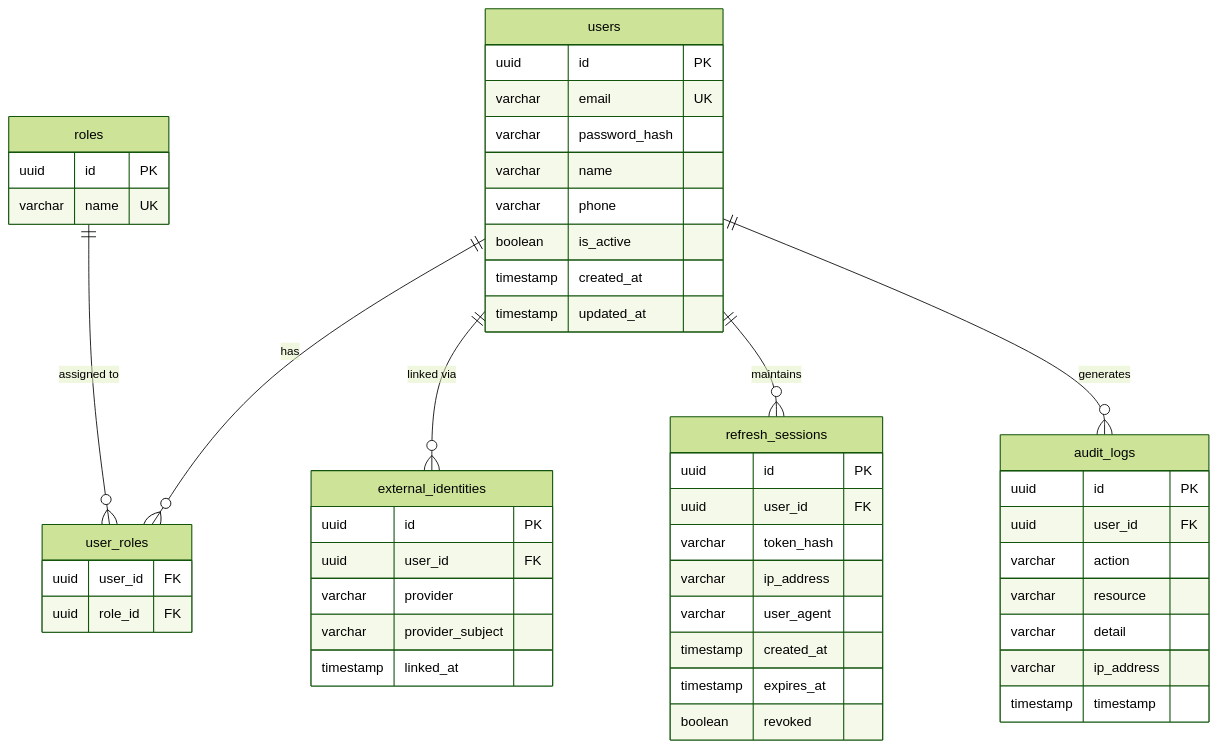
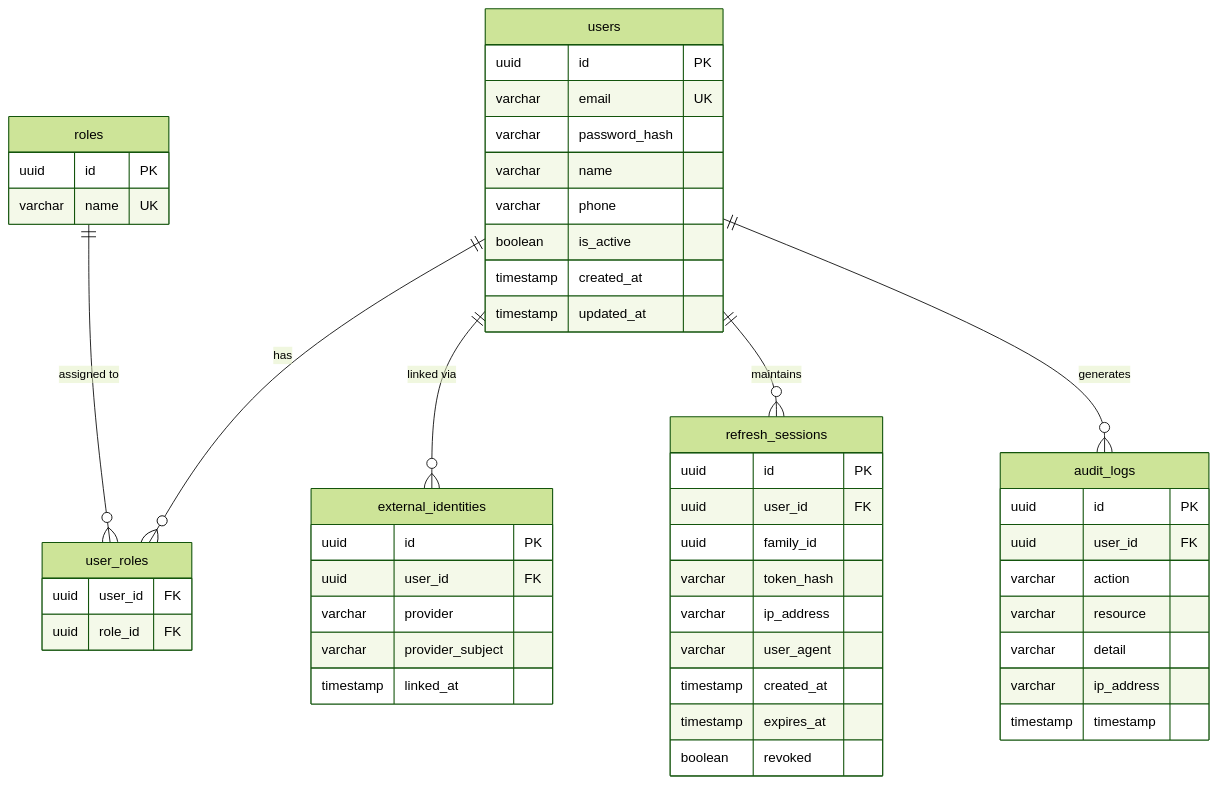
Before and after one commit to SwiftDrop-Group09/swiftdrop-docs: the first of 7 diagrams in design/diagrams/er/README.md, drawn with Mermaid (forest theme). The commit also changed other lines of this file and 56 other files, not shown here.

Commit message:
docs: revise and export required workflow diagrams

````diff
--- a/design/diagrams/er/README.md
+++ b/design/diagrams/er/README.md
@@ -14,58 +14,59 @@
 ```mermaid
 erDiagram
     users {
         uuid id PK
         varchar email UK
         varchar password_hash
         varchar name
         varchar phone
         boolean is_active
         timestamp created_at
         timestamp updated_at
     }
 
     roles {
         uuid id PK
         varchar name UK
     }
 
     user_roles {
         uuid user_id FK
         uuid role_id FK
     }
 
     external_identities {
         uuid id PK
         uuid user_id FK
         varchar provider
         varchar provider_subject
         timestamp linked_at
     }
 
     refresh_sessions {
         uuid id PK
         uuid user_id FK
+        uuid family_id
         varchar token_hash
         varchar ip_address
         varchar user_agent
         timestamp created_at
         timestamp expires_at
         boolean revoked
     }
 
     audit_logs {
         uuid id PK
         uuid user_id FK
         varchar action
         varchar resource
         varchar detail
         varchar ip_address
         timestamp timestamp
     }
 
     users ||--o{ user_roles : "has"
     roles ||--o{ user_roles : "assigned to"
     users ||--o{ external_identities : "linked via"
     users ||--o{ refresh_sessions : "maintains"
     users ||--o{ audit_logs : "generates"
 ```
````
